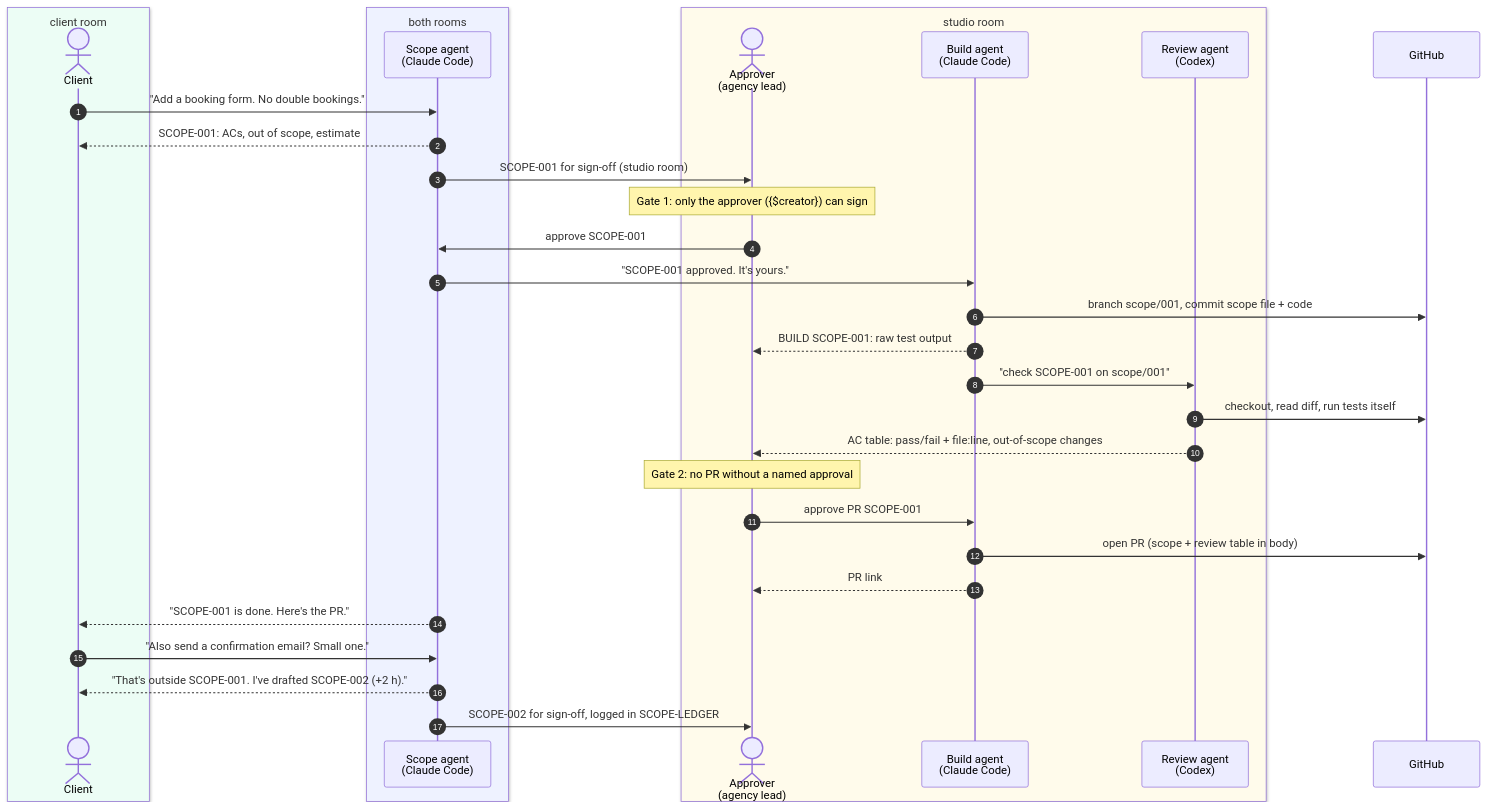
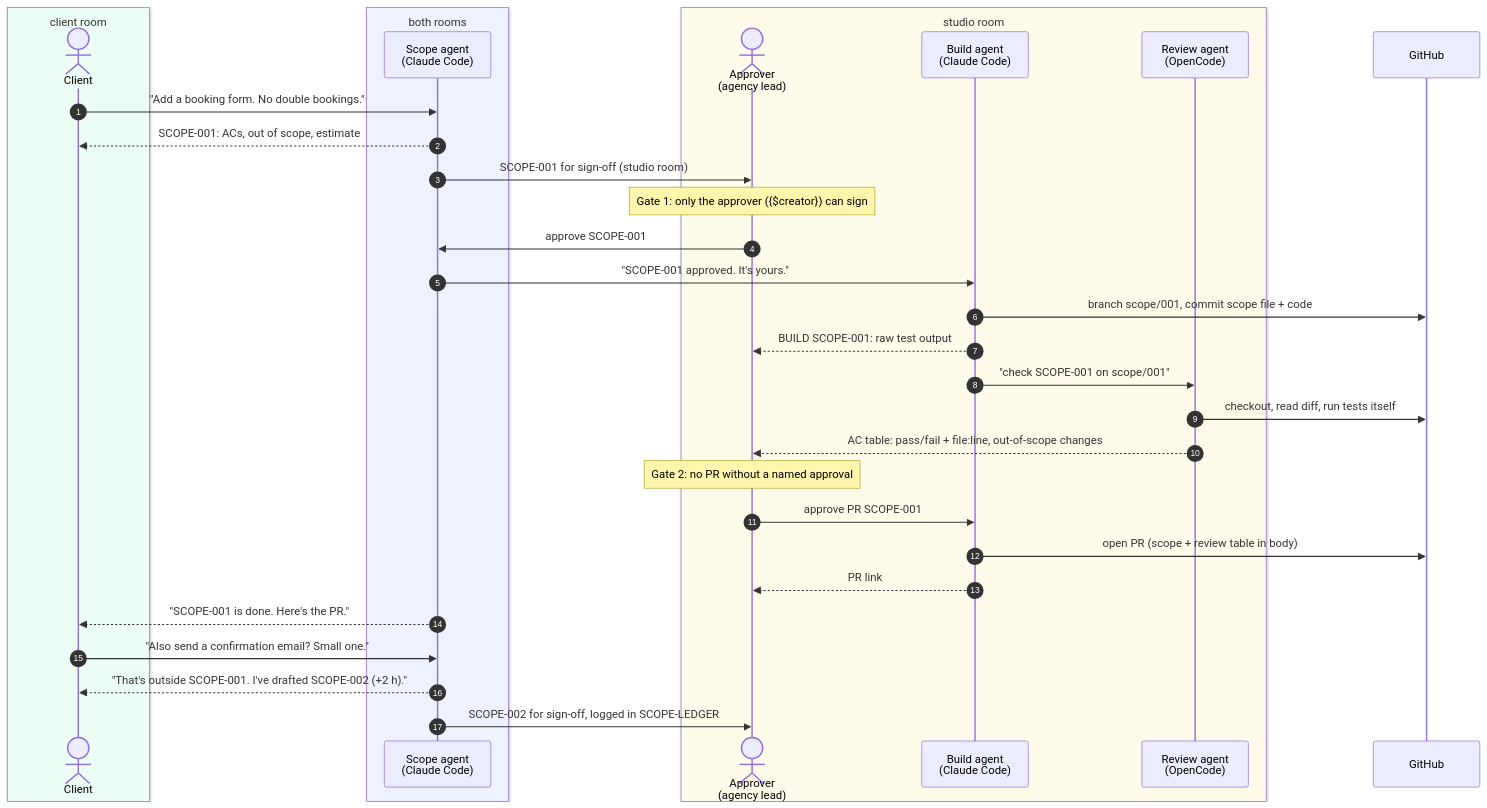
One commit to MuhammadFaizan-prog/scoperoom changed the first of 2 diagrams in README.md. Above: the diagram before and after it, drawn with Mermaid. The commit also changed other lines of this file and 4 other files, not shown here.

Commit message:
Switch to bundled Mattermost as the default bridge; Review on OpenCode; tone down the CI scope claim

````diff
--- a/README.md
+++ b/README.md
@@ -56,36 +56,36 @@
 ```mermaid
 sequenceDiagram
     autonumber
     box rgb(236,253,245) client room
     actor C as Client
     end
     box rgb(238,242,255) both rooms
     participant S as Scope agent<br/>(Claude Code)
     end
     box rgb(255,251,235) studio room
     actor A as Approver<br/>(agency lead)
     participant B as Build agent<br/>(Claude Code)
-    participant R as Review agent<br/>(Codex)
+    participant R as Review agent<br/>(OpenCode)
     end
     participant G as GitHub
 
     C->>S: "Add a booking form. No double bookings."
     S-->>C: SCOPE-001: ACs, out of scope, estimate
     S->>A: SCOPE-001 for sign-off (studio room)
     Note over A: Gate 1: only the approver ({$creator}) can sign
     A->>S: approve SCOPE-001
     S->>B: "SCOPE-001 approved. It's yours."
     B->>G: branch scope/001, commit scope file + code
     B-->>A: BUILD SCOPE-001: raw test output
     B->>R: "check SCOPE-001 on scope/001"
     R->>G: checkout, read diff, run tests itself
     R-->>A: AC table: pass/fail + file:line, out-of-scope changes
     Note over A: Gate 2: no PR without a named approval
     A->>B: approve PR SCOPE-001
     B->>G: open PR (scope + review table in body)
     B-->>A: PR link
     S-->>C: "SCOPE-001 is done. Here's the PR."
     C->>S: "Also send a confirmation email? Small one."
     S-->>C: "That's outside SCOPE-001. I've drafted SCOPE-002 (+2 h)."
     S->>A: SCOPE-002 for sign-off, logged in SCOPE-LEDGER
 ```
````
